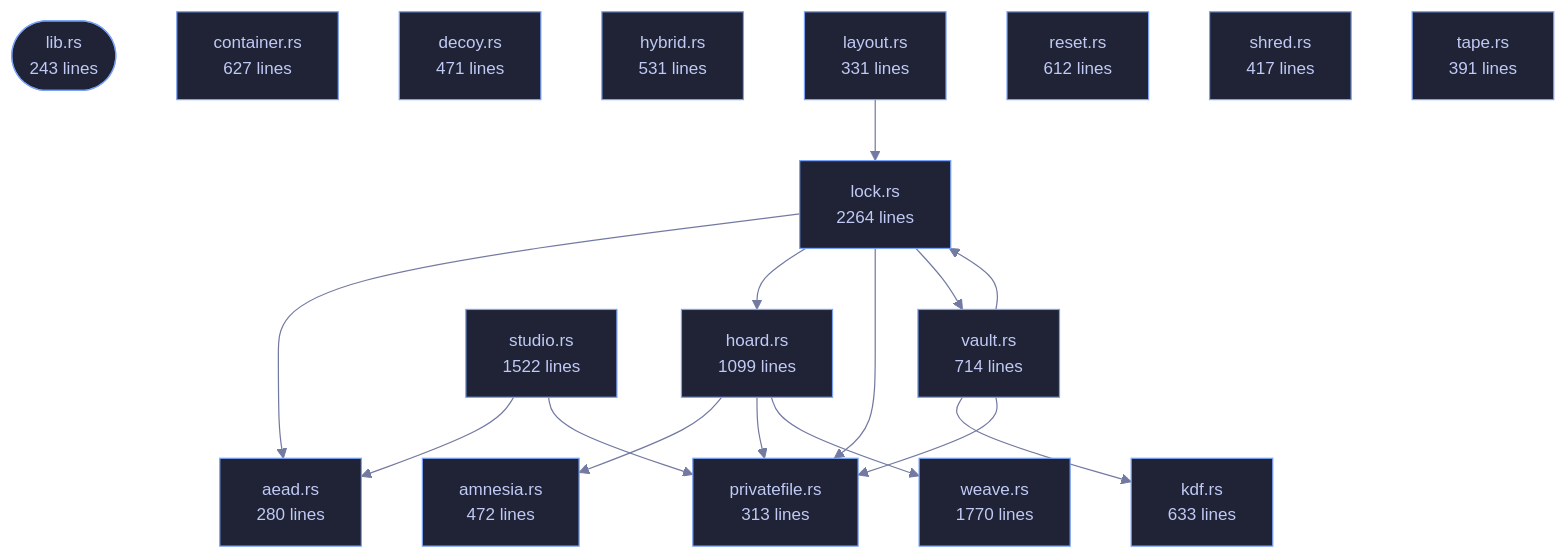
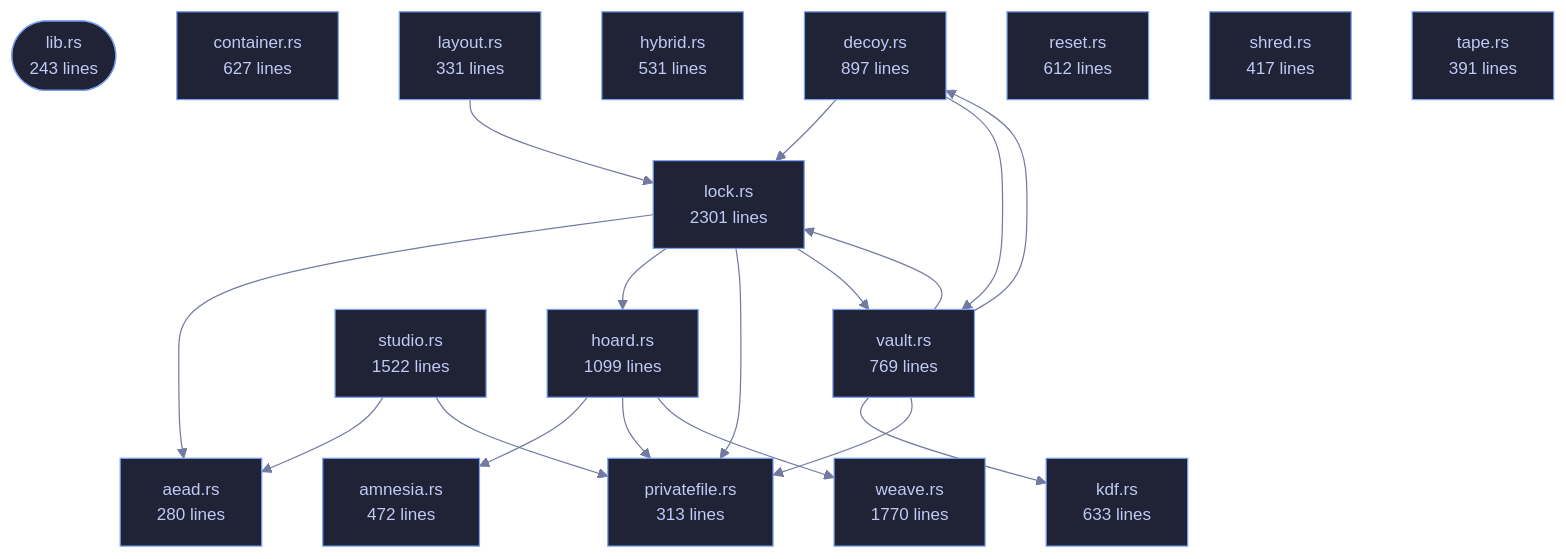
Before and after one commit to tilas01/veilvoice: the diagram in crates/veilvoice-crypto/README.md, drawn with Mermaid. The commit also changed other lines of this file and 34 other files, not shown here.

````diff
--- a/crates/veilvoice-crypto/README.md
+++ b/crates/veilvoice-crypto/README.md
@@ -108,51 +108,54 @@
 ```mermaid
 %%{init: {"theme":"base","themeVariables":{"background":"#1a1b26","primaryColor":"#1f2335","primaryTextColor":"#c0caf5","primaryBorderColor":"#7aa2f7","secondaryColor":"#16161e","tertiaryColor":"#16161e","lineColor":"#737aa2","textColor":"#c0caf5","mainBkg":"#1f2335","nodeBorder":"#7aa2f7","clusterBkg":"#16161e","clusterBorder":"#2f3549","fontFamily":"ui-monospace, SFMono-Regular, Consolas, monospace","fontSize":"14px"}}}%%
 flowchart TD
     n_lib(["lib.rs<br/>243 lines"])
     n_aead["aead.rs<br/>280 lines"]
     n_amnesia["amnesia.rs<br/>472 lines"]
     n_container["container.rs<br/>627 lines"]
-    n_decoy["decoy.rs<br/>471 lines"]
+    n_decoy["decoy.rs<br/>897 lines"]
     n_hoard["hoard.rs<br/>1099 lines"]
     n_hybrid["hybrid.rs<br/>531 lines"]
     n_kdf["kdf.rs<br/>633 lines"]
     n_layout["layout.rs<br/>331 lines"]
-    n_lock["lock.rs<br/>2264 lines"]
+    n_lock["lock.rs<br/>2301 lines"]
     n_privatefile["privatefile.rs<br/>313 lines"]
     n_reset["reset.rs<br/>612 lines"]
     n_shred["shred.rs<br/>417 lines"]
     n_studio["studio.rs<br/>1522 lines"]
     n_tape["tape.rs<br/>391 lines"]
-    n_vault["vault.rs<br/>714 lines"]
+    n_vault["vault.rs<br/>769 lines"]
     n_weave["weave.rs<br/>1770 lines"]
+    n_decoy --> n_lock
+    n_decoy --> n_vault
     n_hoard --> n_amnesia
     n_hoard --> n_privatefile
     n_hoard --> n_weave
     n_layout --> n_lock
     n_lock --> n_aead
     n_lock --> n_hoard
     n_lock --> n_privatefile
     n_lock --> n_vault
     n_studio --> n_aead
     n_studio --> n_privatefile
+    n_vault --> n_decoy
     n_vault --> n_kdf
     n_vault --> n_lock
     n_vault --> n_privatefile
     click n_lib href "https://github.com/tilas01/veilvoice/blob/main/crates/veilvoice-crypto/src/lib.rs" "open the source"
     click n_aead href "https://github.com/tilas01/veilvoice/blob/main/crates/veilvoice-crypto/src/aead.rs" "open the source"
     click n_amnesia href "https://github.com/tilas01/veilvoice/blob/main/crates/veilvoice-crypto/src/amnesia.rs" "open the source"
     click n_container href "https://github.com/tilas01/veilvoice/blob/main/crates/veilvoice-crypto/src/container.rs" "open the source"
     click n_decoy href "https://github.com/tilas01/veilvoice/blob/main/crates/veilvoice-crypto/src/decoy.rs" "open the source"
     click n_hoard href "https://github.com/tilas01/veilvoice/blob/main/crates/veilvoice-crypto/src/hoard.rs" "open the source"
     click n_hybrid href "https://github.com/tilas01/veilvoice/blob/main/crates/veilvoice-crypto/src/hybrid.rs" "open the source"
     click n_kdf href "https://github.com/tilas01/veilvoice/blob/main/crates/veilvoice-crypto/src/kdf.rs" "open the source"
     click n_layout href "https://github.com/tilas01/veilvoice/blob/main/crates/veilvoice-crypto/src/layout.rs" "open the source"
     click n_lock href "https://github.com/tilas01/veilvoice/blob/main/crates/veilvoice-crypto/src/lock.rs" "open the source"
     click n_privatefile href "https://github.com/tilas01/veilvoice/blob/main/crates/veilvoice-crypto/src/privatefile.rs" "open the source"
     click n_reset href "https://github.com/tilas01/veilvoice/blob/main/crates/veilvoice-crypto/src/reset.rs" "open the source"
     click n_shred href "https://github.com/tilas01/veilvoice/blob/main/crates/veilvoice-crypto/src/shred.rs" "open the source"
     click n_studio href "https://github.com/tilas01/veilvoice/blob/main/crates/veilvoice-crypto/src/studio.rs" "open the source"
     click n_tape href "https://github.com/tilas01/veilvoice/blob/main/crates/veilvoice-crypto/src/tape.rs" "open the source"
     click n_vault href "https://github.com/tilas01/veilvoice/blob/main/crates/veilvoice-crypto/src/vault.rs" "open the source"
     click n_weave href "https://github.com/tilas01/veilvoice/blob/main/crates/veilvoice-crypto/src/weave.rs" "open the source"
 ```
````
